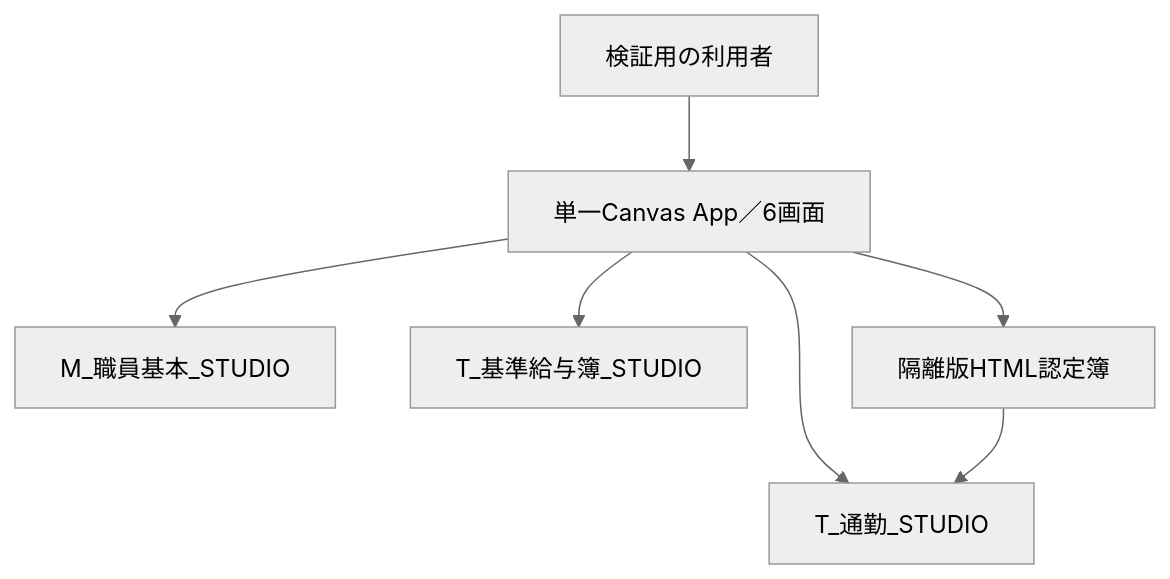
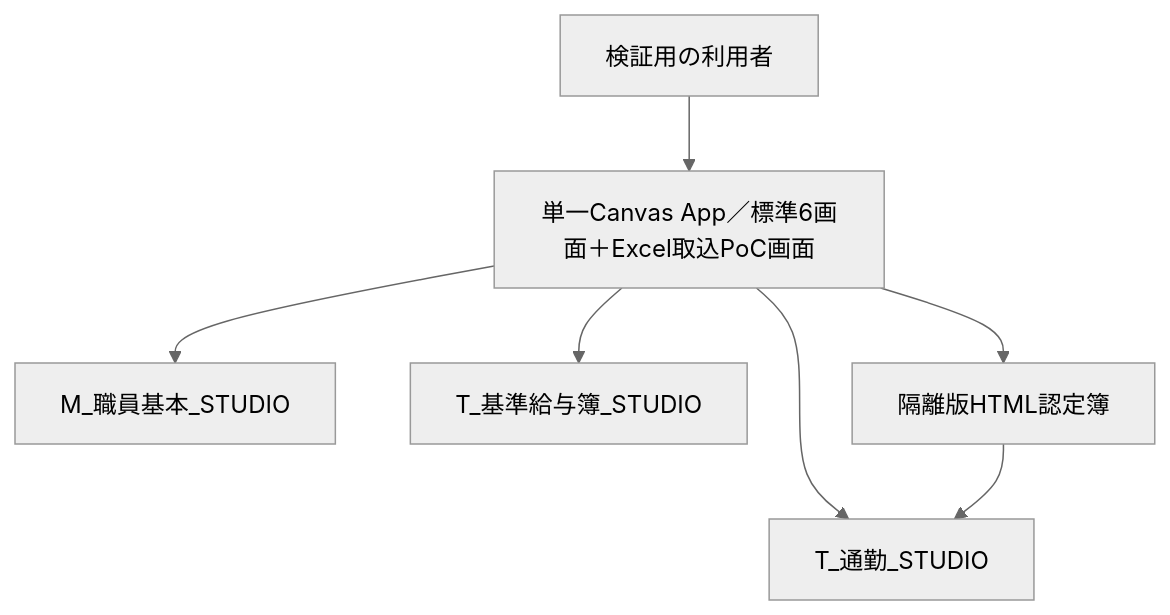
One commit to hirokazu601218/PowerAppsCanvasAppUI changed the diagram in docs/design/basic/basic-design.md. Above: the diagram before and after it, drawn with Mermaid (neutral theme). The commit also changed other lines of this file, not shown here.

Commit message:
Document Excel import PoC architecture and replacement boundary

````diff
--- a/docs/design/basic/basic-design.md
+++ b/docs/design/basic/basic-design.md
@@ -34,9 +49,9 @@
 ```mermaid
 flowchart TB
-    User["検証用の利用者"] --> App["単一Canvas App／6画面"]
+    User["検証用の利用者"] --> App["単一Canvas App／標準6画面＋Excel取込PoC画面"]
     App --> Staff["M_職員基本_STUDIO"]
     App --> Commute["T_通勤_STUDIO"]
     App --> Payroll["T_基準給与簿_STUDIO"]
     App --> Html["隔離版HTML認定簿"]
     Html --> Commute
 ```
````
